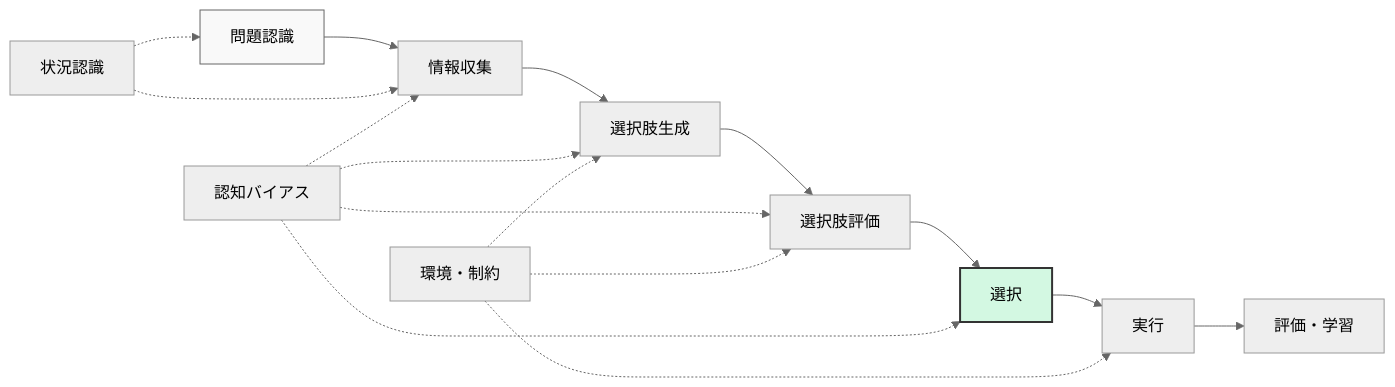
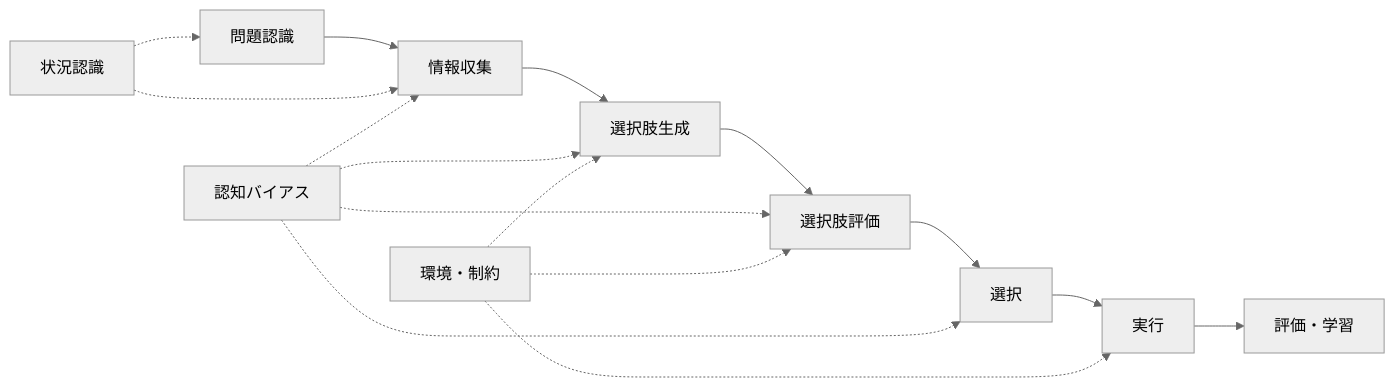
The second of 4 diagrams in docs/decision-making-guide/index.md (shuji-bonji/Situational-Awareness-and-Decision-Making), drawn with Mermaid (neutral theme) before and after one commit. The commit also changed other lines of this file and 49 other files, not shown here.

Commit message:
fix: ダークモードで見づらい図の色の変更

````diff
--- a/docs/decision-making-guide/index.md
+++ b/docs/decision-making-guide/index.md
@@ -41,24 +41,24 @@
 ```mermaid
 graph LR
     A[問題認識] --> B[情報収集]
     B --> C[選択肢生成]
     C --> D[選択肢評価]
     D --> E[選択]
     E --> F[実行]
     F --> G[評価・学習]
     
     H[状況認識] -.-> A
     H -.-> B
     
     I[認知バイアス] -.-> B
     I -.-> C
     I -.-> D
     I -.-> E
     
     J[環境・制約] -.-> C
     J -.-> D
     J -.-> F
     
-    style A fill:#f9f9f9,stroke:#666
-    style E fill:#d3f8e2,stroke:#333,stroke-width:2px
+
+
 ```
````
